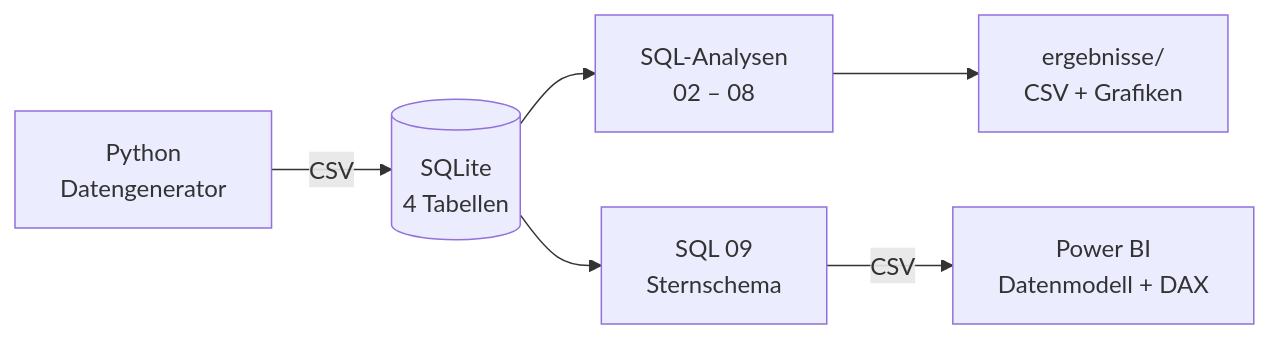
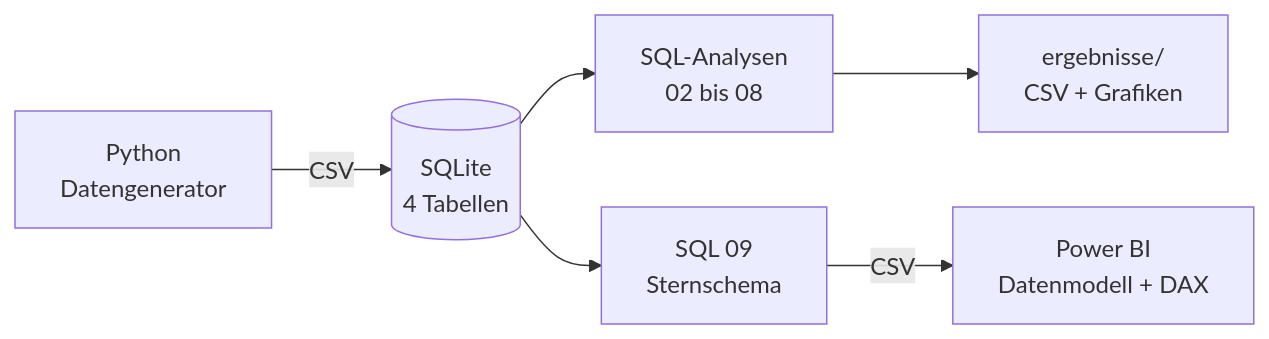
The diagram in README.md (ashkln-hub/kreditportfolio-risikoanalyse-sql-powerbi), drawn with Mermaid before and after one commit. The commit also changed other lines of this file, not shown here.

````diff
--- a/README.md
+++ b/README.md
@@ -61,8 +61,8 @@
 ```mermaid
 flowchart LR
     A[Python<br/>Datengenerator] -->|CSV| B[(SQLite<br/>4 Tabellen)]
-    B --> C[SQL-Analysen<br/>02 – 08]
+    B --> C[SQL-Analysen<br/>02 bis 08]
     C --> D[ergebnisse/<br/>CSV + Grafiken]
     B --> E[SQL 09<br/>Sternschema]
     E -->|CSV| F[Power BI<br/>Datenmodell + DAX]
 ```
````
